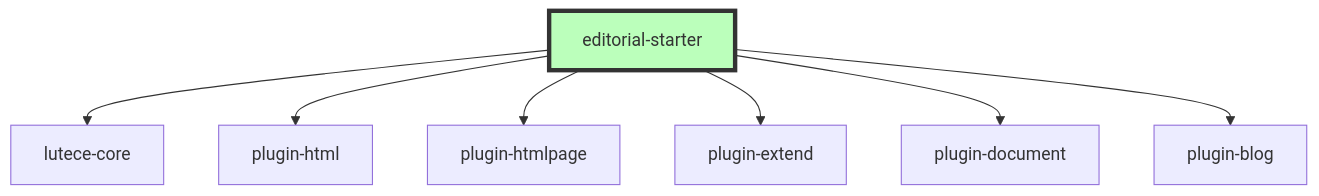
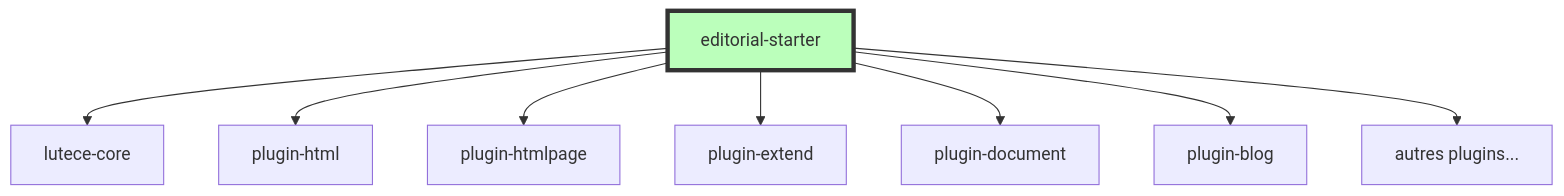
The seventh of 12 diagrams in README.md (lutece-platform/lutece-platform), drawn with Mermaid before and after one commit. The commit also changed other lines of this file, not shown here.

````diff
--- a/README.md
+++ b/README.md
@@ -124,11 +127,13 @@
 ```mermaid
 graph TD
     A[editorial-starter] --> B[lutece-core]
     A --> C[plugin-html]
     A --> D[plugin-htmlpage]
     A --> E[plugin-extend]
     A --> F[plugin-document]
     A --> G[plugin-blog]
+    A --> H[autres plugins...]
+    
     
     style A fill:#bfb,stroke:#333,stroke-width:4px
 ```
````
